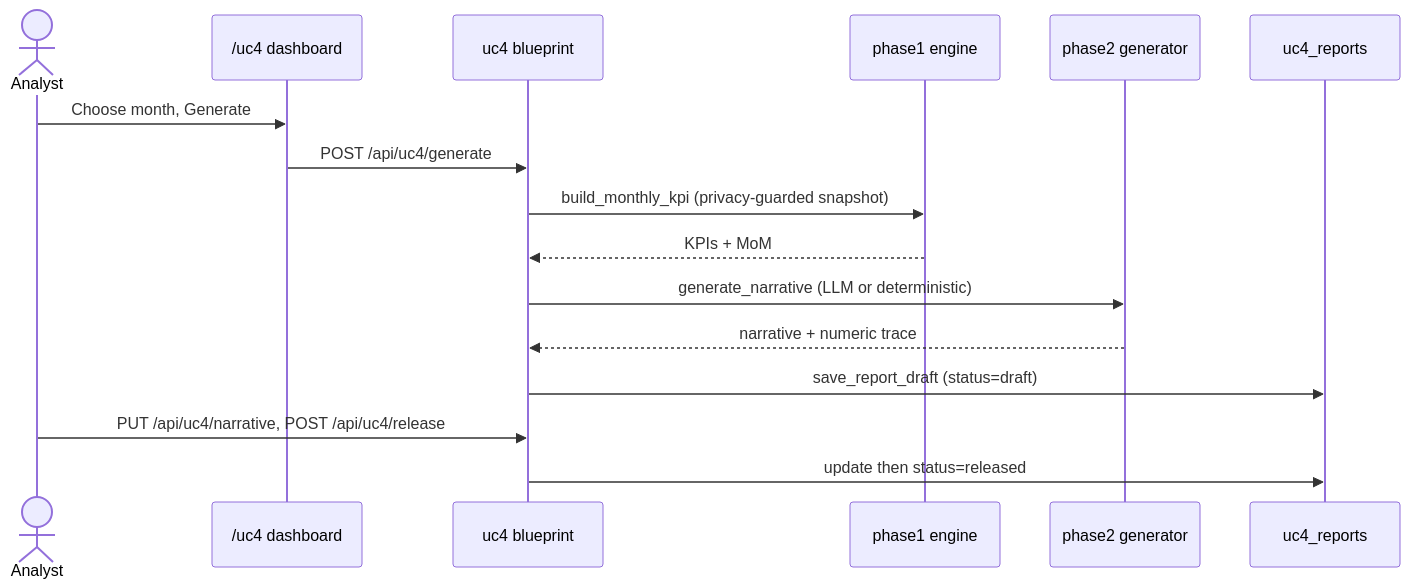
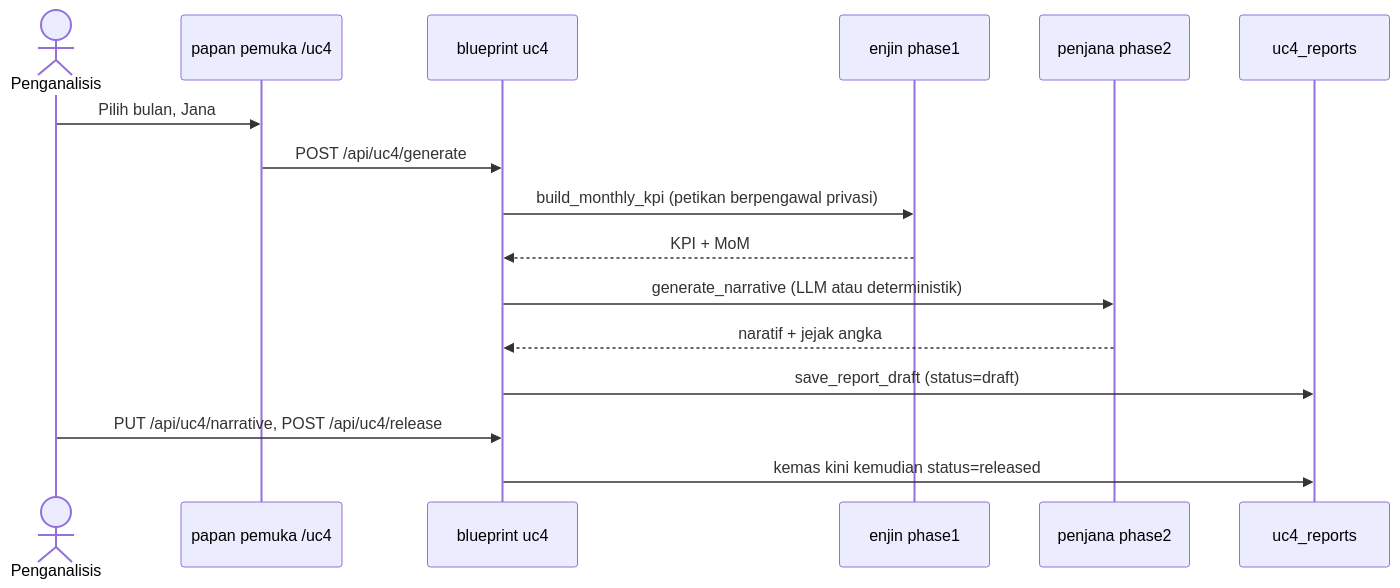
Before and after one commit to amirraihan/IKAWAL: the fourth of 5 diagrams in tdd_ikawal_001_banduan_dagang_monitoring.md, drawn with Mermaid. The commit also changed other lines of this file, not shown here.

````diff
--- a/tdd_ikawal_001_banduan_dagang_monitoring.md
+++ b/tdd_ikawal_001_banduan_dagang_monitoring.md
@@ -205,18 +207,18 @@
 ```mermaid
 sequenceDiagram
-    actor Analyst
-    participant UI as /uc4 dashboard
-    participant BP as uc4 blueprint
-    participant KPI as phase1 engine
-    participant NAR as phase2 generator
+    actor Penganalisis
+    participant UI as papan pemuka /uc4
+    participant BP as blueprint uc4
+    participant KPI as enjin phase1
+    participant NAR as penjana phase2
     participant ST as uc4_reports
-    Analyst->>UI: Choose month, Generate
+    Penganalisis->>UI: Pilih bulan, Jana
     UI->>BP: POST /api/uc4/generate
-    BP->>KPI: build_monthly_kpi (privacy-guarded snapshot)
-    KPI-->>BP: KPIs + MoM
-    BP->>NAR: generate_narrative (LLM or deterministic)
-    NAR-->>BP: narrative + numeric trace
+    BP->>KPI: build_monthly_kpi (petikan berpengawal privasi)
+    KPI-->>BP: KPI + MoM
+    BP->>NAR: generate_narrative (LLM atau deterministik)
+    NAR-->>BP: naratif + jejak angka
     BP->>ST: save_report_draft (status=draft)
-    Analyst->>BP: PUT /api/uc4/narrative, POST /api/uc4/release
-    BP->>ST: update then status=released
+    Penganalisis->>BP: PUT /api/uc4/narrative, POST /api/uc4/release
+    BP->>ST: kemas kini kemudian status=released
 ```
````
